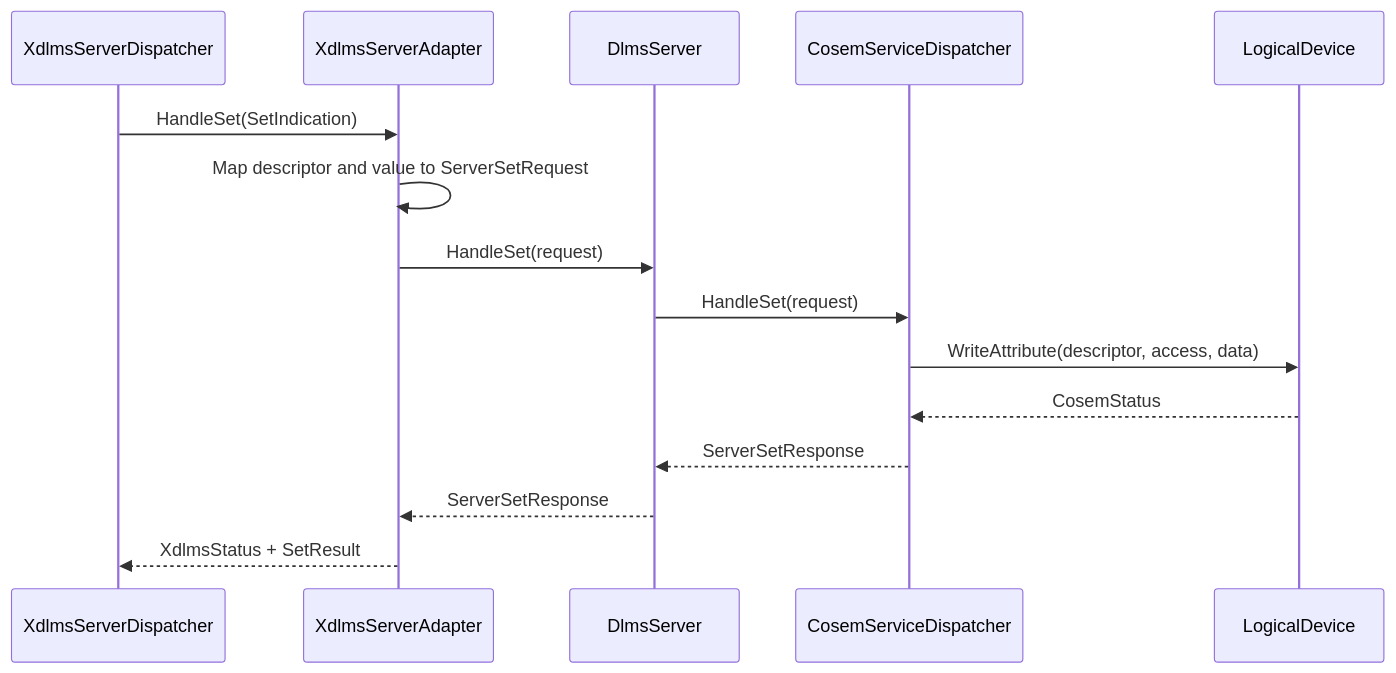
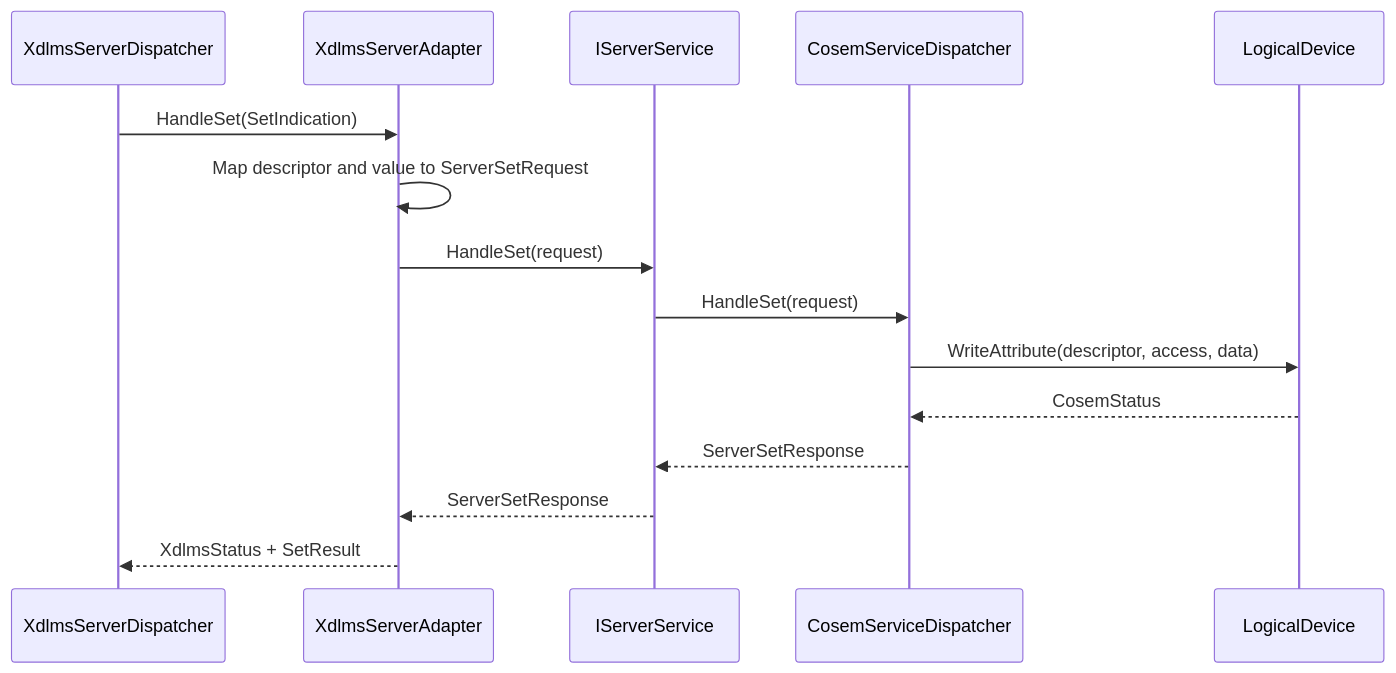
The seventh of 8 diagrams in docs/02_server_architecture.md (gvtret/dlms-server), drawn with Mermaid before and after one commit. The commit also changed other lines of this file and 8 other files, not shown here.

First line of the commit message:
feat(server): add abstract server service port

````diff
--- a/docs/02_server_architecture.md
+++ b/docs/02_server_architecture.md
@@ -148,18 +148,18 @@
 ```mermaid
 sequenceDiagram
   participant XD as XdlmsServerDispatcher
   participant Adapter as XdlmsServerAdapter
-  participant Facade as DlmsServer
+  participant Facade as IServerService
   participant Dispatch as CosemServiceDispatcher
   participant Device as LogicalDevice
 
   XD->>Adapter: HandleSet(SetIndication)
   Adapter->>Adapter: Map descriptor and value to ServerSetRequest
   Adapter->>Facade: HandleSet(request)
   Facade->>Dispatch: HandleSet(request)
   Dispatch->>Device: WriteAttribute(descriptor, access, data)
   Device-->>Dispatch: CosemStatus
   Dispatch-->>Facade: ServerSetResponse
   Facade-->>Adapter: ServerSetResponse
   Adapter-->>XD: XdlmsStatus + SetResult
 ```
````
